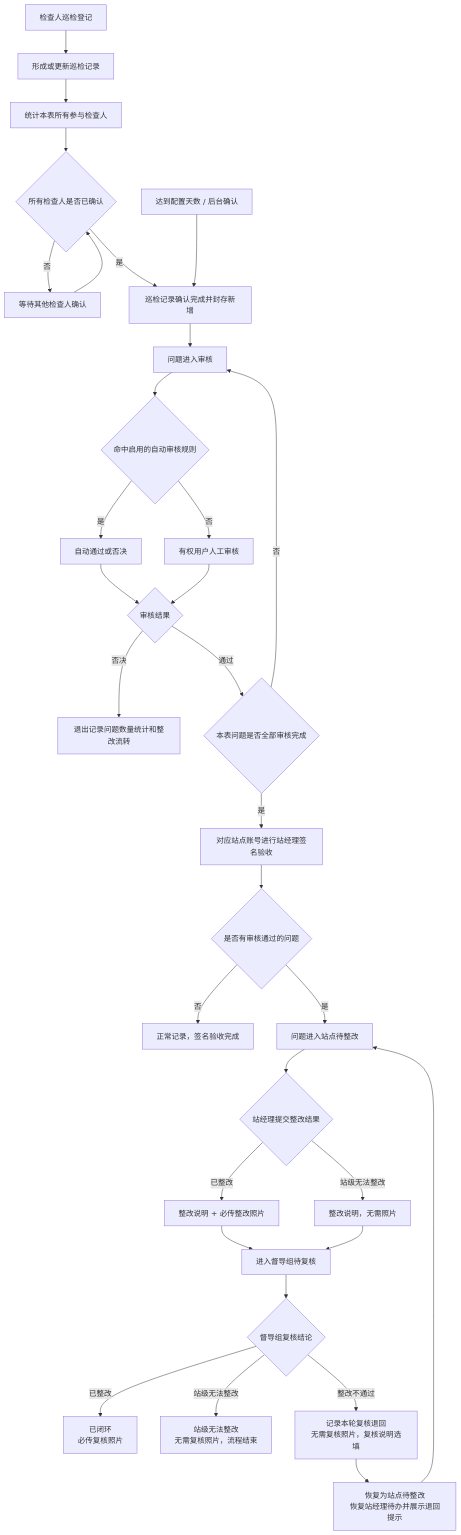
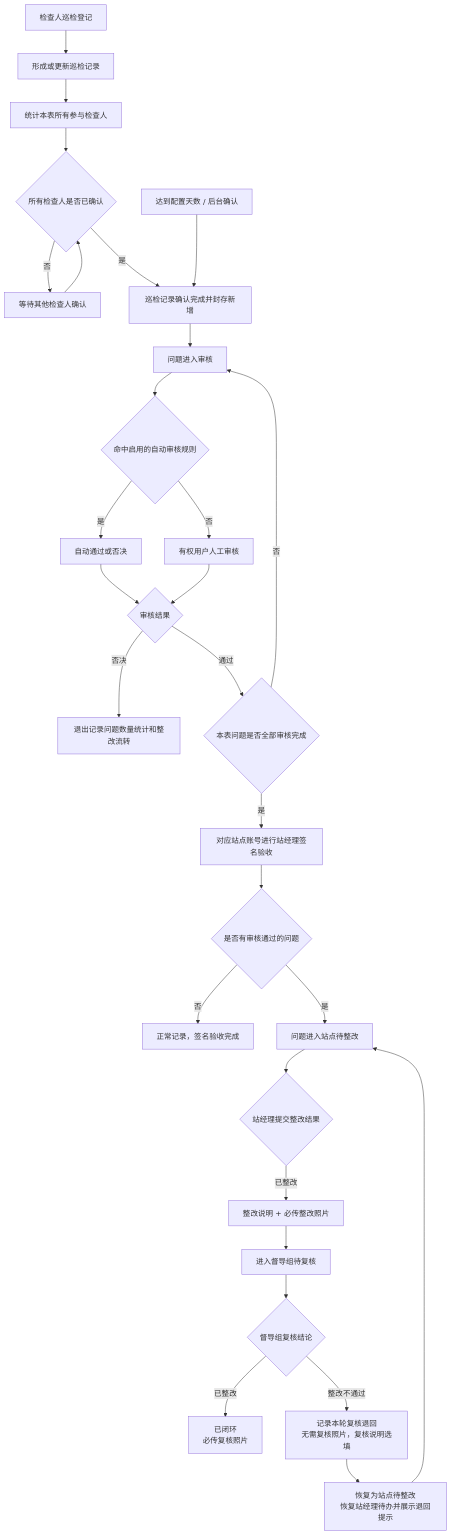
The fifth of 10 diagrams in README.md (HanchengZuo/ywddzx-smart-platform), drawn with Mermaid before and after one commit. The commit also changed other lines of this file and 14 other files, not shown here.

````diff
--- a/README.md
+++ b/README.md
@@ -154,39 +154,36 @@
 ```mermaid
 flowchart TD
     REG[检查人巡检登记] --> REC[形成或更新巡检记录]
     REC --> MULTI[统计本表所有参与检查人]
     MULTI --> CONFIRM{所有检查人是否已确认}
     CONFIRM -->|否| WAIT[等待其他检查人确认]
     WAIT --> CONFIRM
     CONFIRM -->|是| COMPLETE[巡检记录确认完成并封存新增]
     AUTO[达到配置天数 / 后台确认] --> COMPLETE
 
     COMPLETE --> AUDIT[问题进入审核]
     AUDIT --> RULE{命中启用的自动审核规则}
     RULE -->|是| AUTO_RESULT[自动通过或否决]
     RULE -->|否| MANUAL[有权用户人工审核]
     AUTO_RESULT --> DECISION{审核结果}
     MANUAL --> DECISION
 
     DECISION -->|否决| DROP[退出记录问题数量统计和整改流转]
     DECISION -->|通过| ALLAUDIT{本表问题是否全部审核完成}
     ALLAUDIT -->|否| AUDIT
     ALLAUDIT -->|是| SIGN[对应站点账号进行站经理签名验收]
 
     SIGN --> HASISSUE{是否有审核通过的问题}
     HASISSUE -->|否| NORMAL[正常记录，签名验收完成]
     HASISSUE -->|是| RECTIFY[问题进入站点待整改]
 
     RECTIFY --> STATION_RESULT{站经理提交整改结果}
     STATION_RESULT -->|已整改| RPHOTO[整改说明 + 必传整改照片]
-    STATION_RESULT -->|站级无法整改| RNOTE[整改说明，无需照片]
     RPHOTO --> REVIEW[进入督导组待复核]
-    RNOTE --> REVIEW
 
     REVIEW --> REVIEW_RESULT{督导组复核结论}
     REVIEW_RESULT -->|已整改| CLOSED[已闭环<br/>必传复核照片]
-    REVIEW_RESULT -->|站级无法整改| UNABLE[站级无法整改<br/>无需复核照片，流程结束]
     REVIEW_RESULT -->|整改不通过| RETURN[记录本轮复核退回<br/>无需复核照片，复核说明选填]
     RETURN --> BACKLOG[恢复为站点待整改<br/>恢复站经理待办并展示退回提示]
     BACKLOG --> RECTIFY
 ```
````
